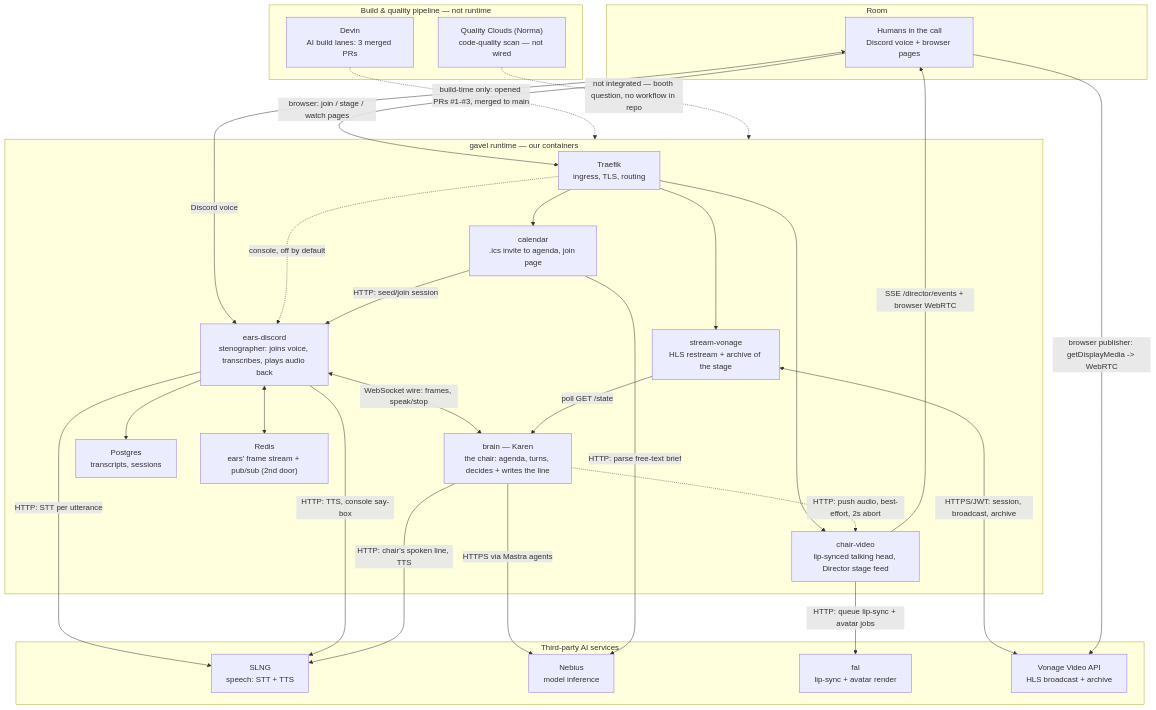
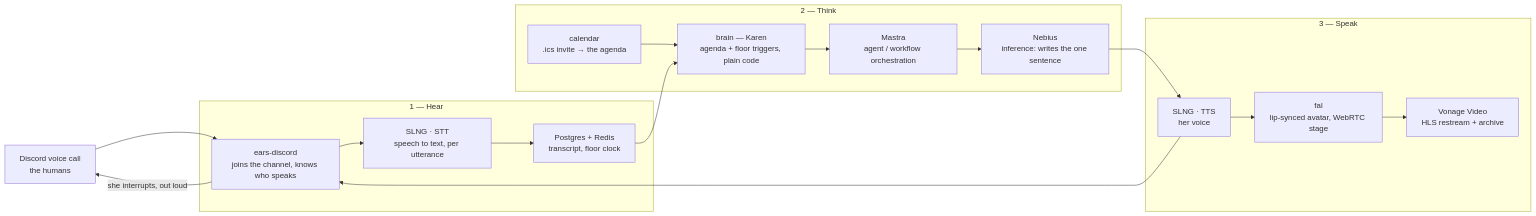
One commit to bioztar/gavel changed the diagram in docs/architecture.md. Above: the diagram before and after it, drawn with Mermaid. The commit also changed other lines of this file and 1 other file, not shown here.

First line of the commit message:
docs(architecture): rebuild as a 3-slide demo deck

````diff
--- a/docs/architecture.md
+++ b/docs/architecture.md
@@ -9,59 +13,30 @@
 ```mermaid
-flowchart TB
-  subgraph ROOM["Room"]
-    HUMANS["Humans in the call<br/>Discord voice + browser pages"]
+flowchart LR
+  ROOM["Discord voice call<br/>the humans"]
+
+  subgraph HEAR["1 — Hear"]
+    EARS["ears-discord<br/>joins the channel, knows who speaks"]
+    SLNG1["SLNG · STT<br/>speech to text, per utterance"]
+    DB["Postgres + Redis<br/>transcript, floor clock"]
   end
 
-  subgraph RUNTIME["gavel runtime — our containers"]
-    TRAEFIK["Traefik<br/>ingress, TLS, routing"]
-    EARS["ears-discord<br/>stenographer: joins voice, transcribes, plays audio back"]
-    BRAIN["brain — Karen<br/>the chair: agenda, turns, decides + writes the line"]
-    CAL["calendar<br/>.ics invite to agenda, join page"]
-    CHAIRVIDEO["chair-video<br/>lip-synced talking head, Director stage feed"]
-    STREAMV["stream-vonage<br/>HLS restream + archive of the stage"]
-    PG["Postgres<br/>transcripts, sessions"]
-    REDIS["Redis<br/>ears' frame stream + pub/sub (2nd door)"]
+  subgraph THINK["2 — Think"]
+    BRAIN["brain — Karen<br/>agenda + floor triggers, plain code"]
+    MASTRA["Mastra<br/>agent / workflow orchestration"]
+    NEBIUS["Nebius<br/>inference: writes the one sentence"]
+    CAL["calendar<br/>.ics invite → the agenda"]
   end
 
-  subgraph AI["Third-party AI services"]
-    SLNG["SLNG<br/>speech: STT + TTS"]
-    NEBIUS["Nebius<br/>model inference"]
-    FAL["fal<br/>lip-sync + avatar render"]
-    VONAGE["Vonage Video API<br/>HLS broadcast + archive"]
+  subgraph SPEAK["3 — Speak"]
+    SLNG2["SLNG · TTS<br/>her voice"]
+    FAL["fal<br/>lip-synced avatar, WebRTC stage"]
+    VONAGE["Vonage Video<br/>HLS restream + archive"]
   end
 
-  subgraph BUILD["Build & quality pipeline — not runtime"]
-    DEVIN["Devin<br/>AI build lanes: 3 merged PRs"]
-    NORMA["Quality Clouds (Norma)<br/>code-quality scan — not wired"]
-  end
-
-  HUMANS <-->|"Discord voice"| EARS
-  HUMANS -->|"browser: join / stage / watch pages"| TRAEFIK
-  TRAEFIK --> CAL
-  TRAEFIK --> CHAIRVIDEO
-  TRAEFIK --> STREAMV
-  TRAEFIK -.->|"console, off by default"| EARS
-
-  EARS <-->|"WebSocket wire: frames, speak/stop"| BRAIN
-  EARS --> PG
-  EARS <--> REDIS
-  EARS -->|"HTTP: STT per utterance"| SLNG
-  EARS -->|"HTTP: TTS, console say-box"| SLNG
-
-  BRAIN -->|"HTTP: chair's spoken line, TTS"| SLNG
-  BRAIN -->|"HTTPS via Mastra agents"| NEBIUS
-  BRAIN -.->|"HTTP: push audio, best-effort, 2s abort"| CHAIRVIDEO
-
-  CAL -->|"HTTP: parse free-text brief"| NEBIUS
-  CAL -->|"HTTP: seed/join session"| EARS
-
-  CHAIRVIDEO -->|"HTTP: queue lip-sync + avatar jobs"| FAL
-  CHAIRVIDEO -->|"SSE /director/events + browser WebRTC"| HUMANS
-
-  STREAMV -->|"poll GET /state"| BRAIN
-  STREAMV <-->|"HTTPS/JWT: session, broadcast, archive"| VONAGE
-  HUMANS -->|"browser publisher: getDisplayMedia -> WebRTC"| VONAGE
-
-  DEVIN -.->|"build-time only: opened PRs #1-#3, merged to main"| RUNTIME
-  NORMA -.->|"not integrated — booth question, no workflow in repo"| RUNTIME
+  ROOM --> EARS --> SLNG1 --> DB --> BRAIN
+  CAL --> BRAIN
+  BRAIN --> MASTRA --> NEBIUS --> SLNG2
+  SLNG2 --> EARS
+  EARS -->|"she interrupts, out loud"| ROOM
+  SLNG2 --> FAL --> VONAGE
 ```
````
